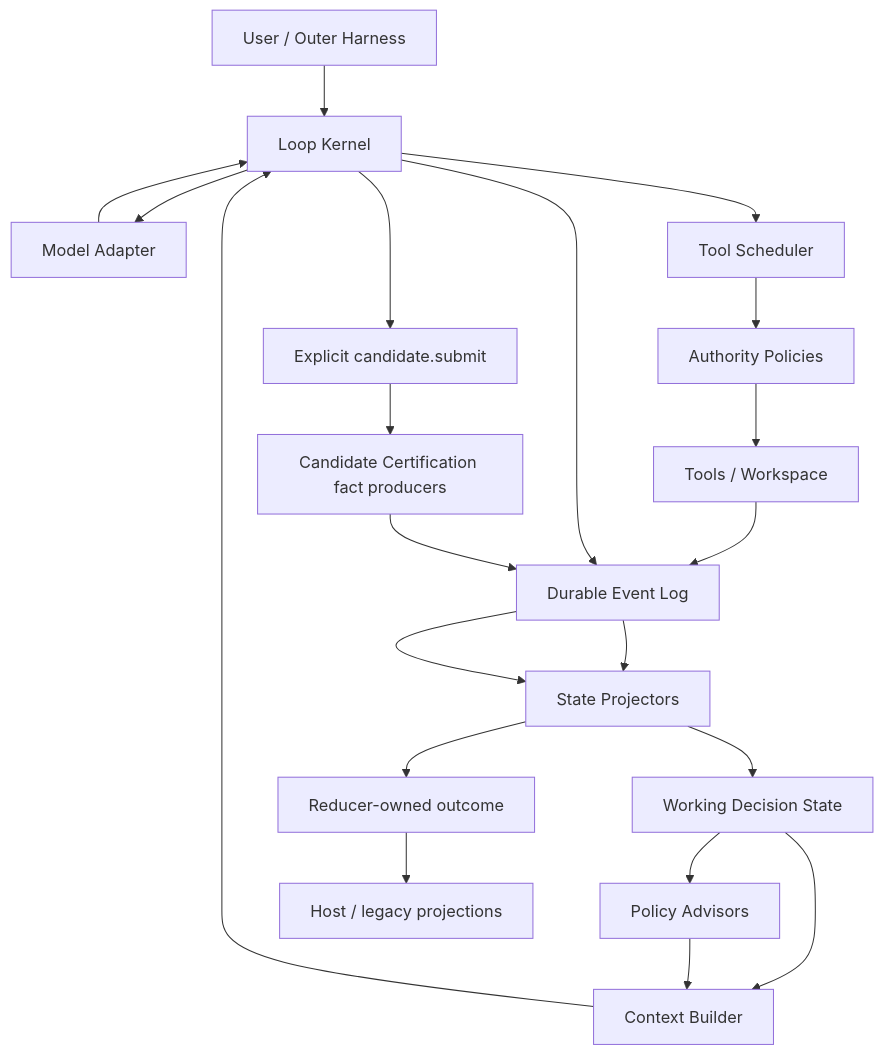
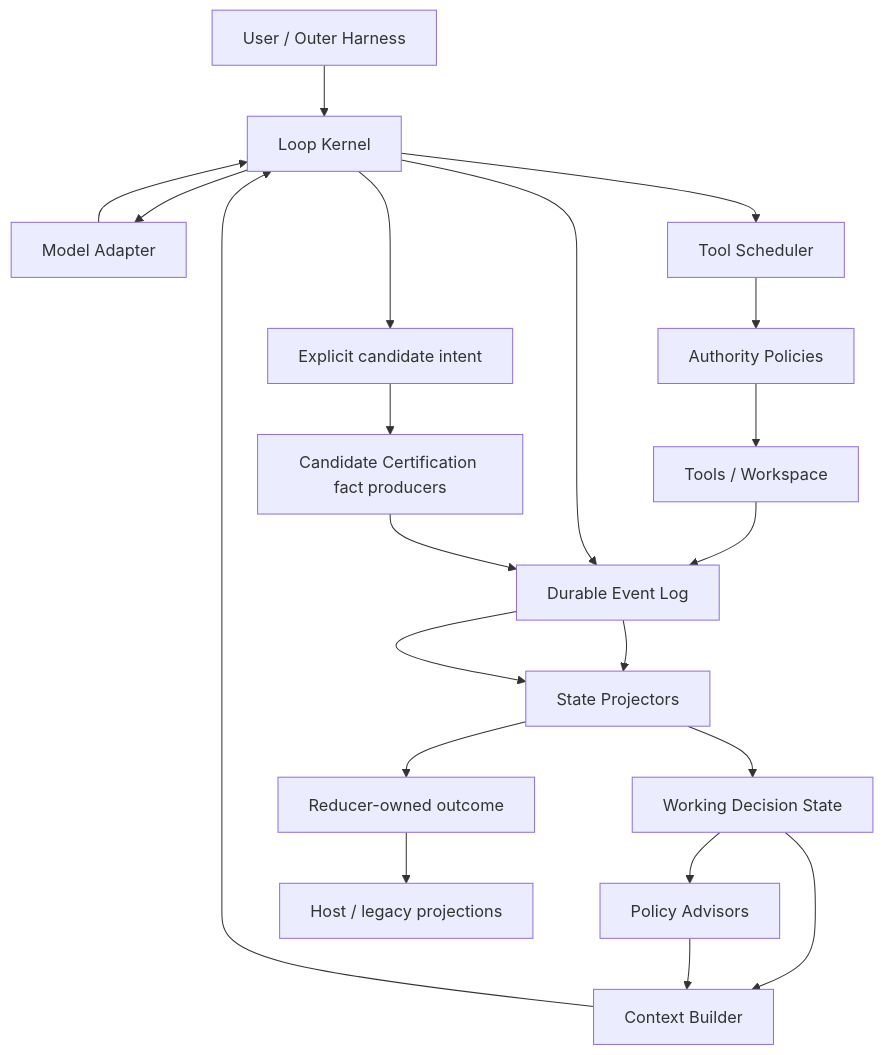
One commit to david66l/Paw-TS changed the first of 2 diagrams in 文档/coding-agent-loop-kernel-v2.md. Above: the diagram before and after it, drawn with Mermaid. The commit also changed other lines of this file and 3 other files, not shown here.

````diff
--- a/文档/coding-agent-loop-kernel-v2.md
+++ b/文档/coding-agent-loop-kernel-v2.md
@@ -95,23 +95,23 @@
 ```mermaid
 flowchart TD
     U["User / Outer Harness"] --> K["Loop Kernel"]
     K --> M["Model Adapter"]
     M --> K
     K --> S["Tool Scheduler"]
     S --> A["Authority Policies"]
     A --> T["Tools / Workspace"]
     T --> E["Durable Event Log"]
     K --> E
     E --> P["State Projectors"]
     P --> W["Working Decision State"]
     W --> C["Context Builder"]
     C --> K
     W --> D["Policy Advisors"]
     D --> C
-    K --> Q["Explicit candidate.submit"]
+    K --> Q["Explicit candidate intent"]
     Q --> R["Candidate Certification fact producers"]
     R --> E
     E --> P
     P --> O["Reducer-owned outcome"]
     O --> H["Host / legacy projections"]
 ```
````
